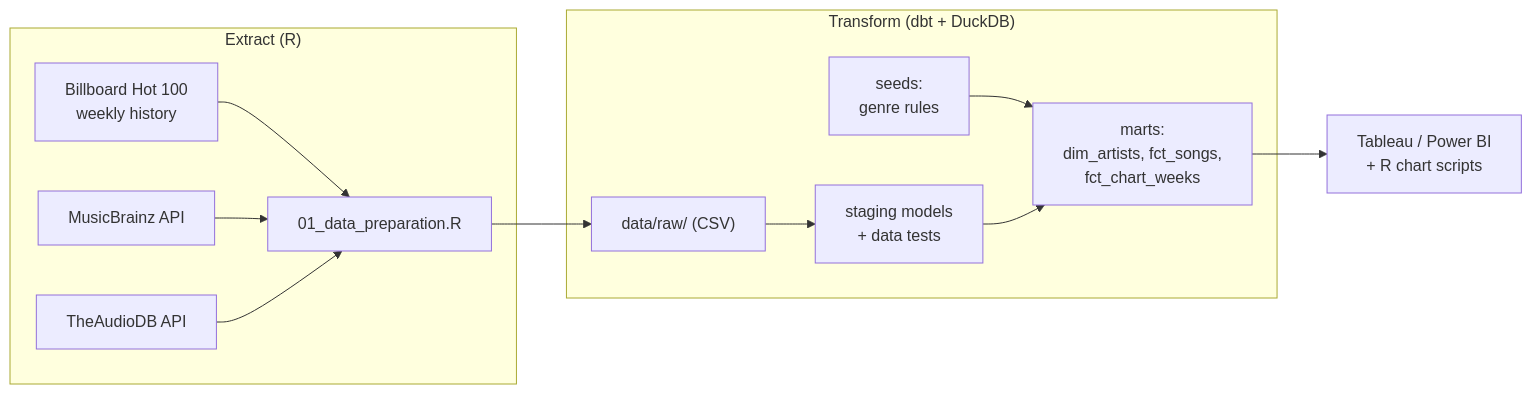
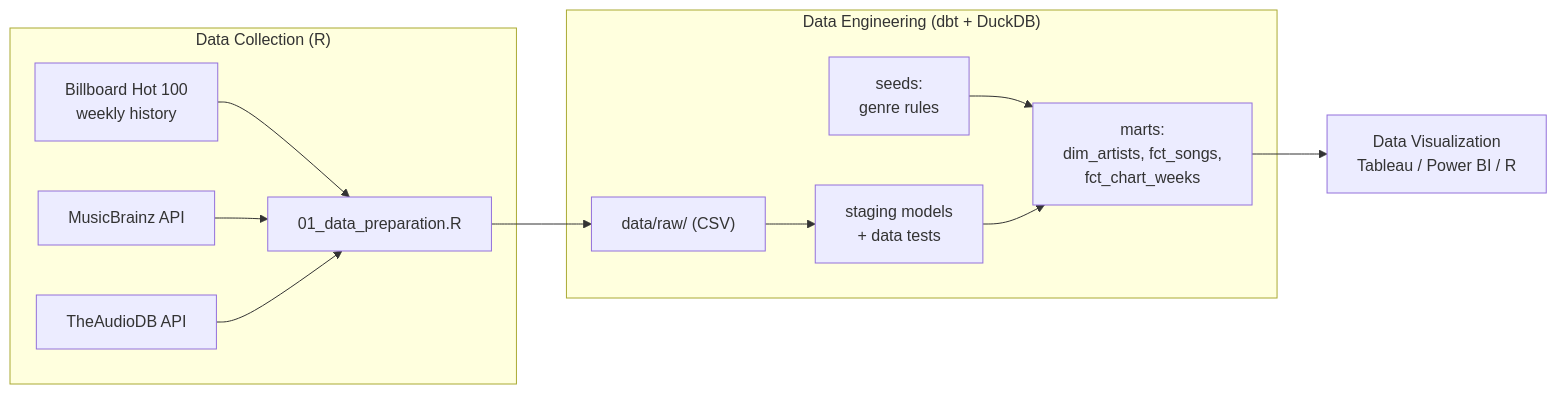
One commit to armin-talic/Evolution-of-Billboard-Hot-100-Music changed the diagram in README.md. Above: the diagram before and after it, drawn with Mermaid. The commit also changed other lines of this file, not shown here.

Commit message:
Restructure README into visualization, collection and engineering sections

````diff
--- a/README.md
+++ b/README.md
@@ -7,15 +7,15 @@
 ```mermaid
 flowchart LR
-    subgraph Extract ["Extract (R)"]
+    subgraph Collect ["Data Collection (R)"]
         A[Billboard Hot 100<br/>weekly history] --> R1[01_data_preparation.R]
         B[MusicBrainz API] --> R1
         C[TheAudioDB API] --> R1
     end
     R1 --> D["data/raw/ (CSV)"]
-    subgraph Transform ["Transform (dbt + DuckDB)"]
+    subgraph Engineer ["Data Engineering (dbt + DuckDB)"]
         D --> E[staging models<br/>+ data tests]
         S[seeds:<br/>genre rules] --> F
         E --> F[marts:<br/>dim_artists, fct_songs,<br/>fct_chart_weeks]
     end
-    F --> G[Tableau / Power BI<br/>+ R chart scripts]
+    F --> G[Data Visualization<br/>Tableau / Power BI / R]
 ```
````
